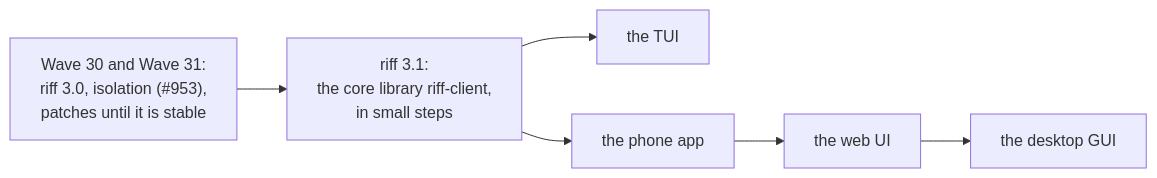
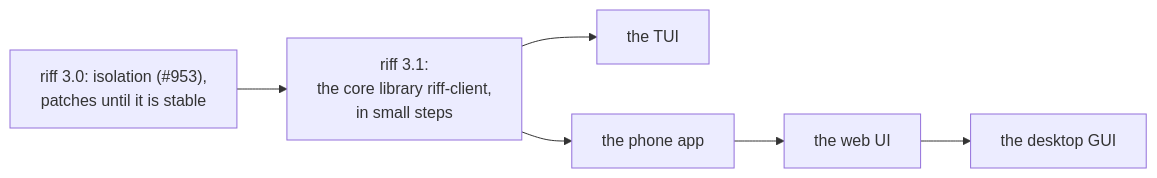
One commit to como-technologies/riff changed the fourth of 4 diagrams in docs/src/riff-uis.md. Above: the diagram before and after it, drawn with Mermaid. The commit also changed other lines of this file and 1 other file, not shown here.

````diff
--- a/docs/src/riff-uis.md
+++ b/docs/src/riff-uis.md
@@ -172,8 +172,8 @@
 ```mermaid
 flowchart LR
-    A["Wave 30 and Wave 31:<br/>riff 3.0, isolation (#953),<br/>patches until it is stable"] --> B["riff 3.1:<br/>the core library riff-client,<br/>in small steps"]
+    A["riff 3.0: isolation (#953),<br/>patches until it is stable"] --> B["riff 3.1:<br/>the core library riff-client,<br/>in small steps"]
     B --> TUI["the TUI"]
     B --> PH["the phone app"]
     PH --> WEB["the web UI"]
     WEB --> DT["the desktop GUI"]
 ```
````
